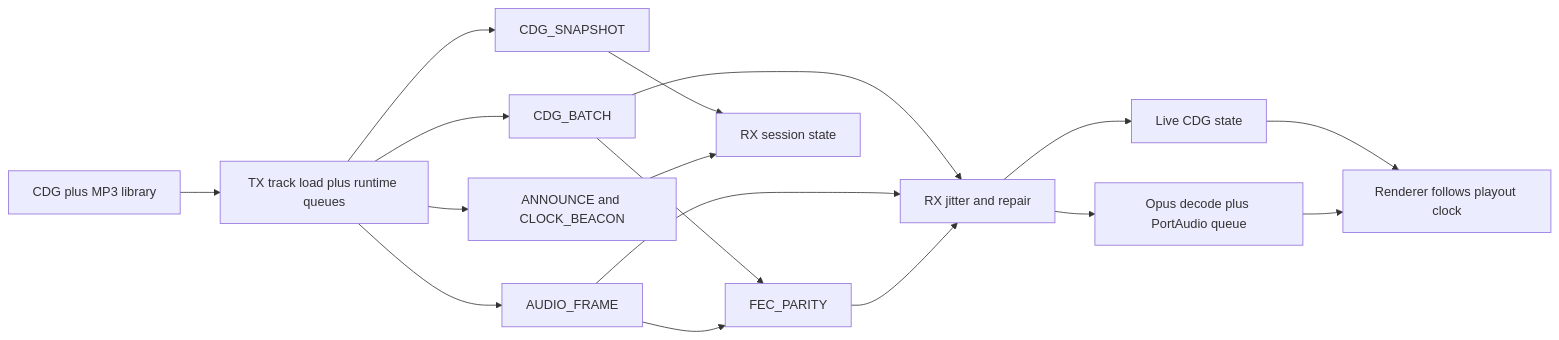
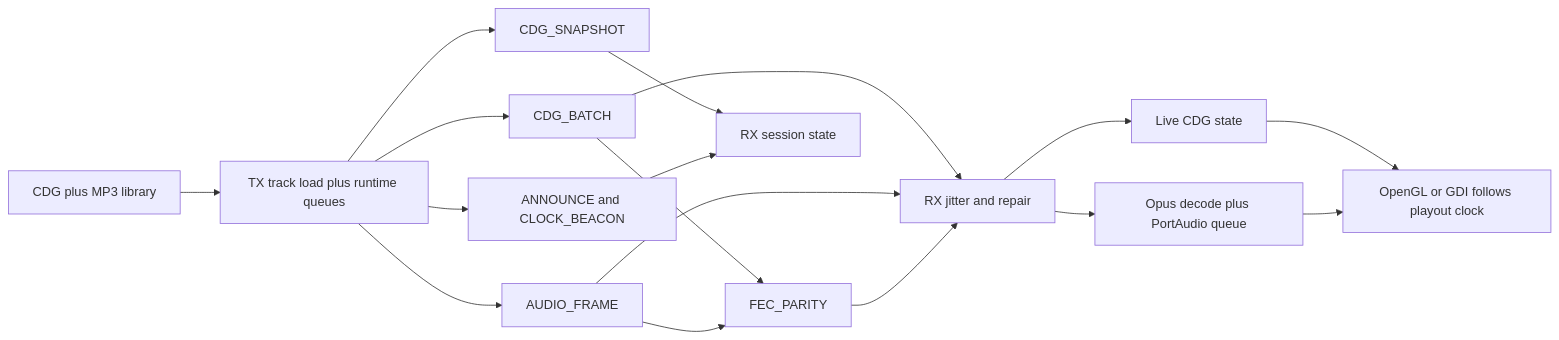
Before and after one commit to andrew867/dashcdg: the diagram in README.md, drawn with Mermaid. The commit also changed other lines of this file and 5 other files, not shown here.

````diff
--- a/README.md
+++ b/README.md
@@ -195,19 +211,19 @@
 ```mermaid
 flowchart LR
     src[CDG plus MP3 library] --> txprep[TX track load plus runtime queues]
     txprep --> ann[ANNOUNCE and CLOCK_BEACON]
     txprep --> ach[AUDIO_FRAME]
     txprep --> cb[CDG_BATCH]
     txprep --> snap[CDG_SNAPSHOT]
     ach --> fec[FEC_PARITY]
     cb --> fec
     ann --> rxstate[RX session state]
     snap --> rxstate
     fec --> rxjit[RX jitter and repair]
     ach --> rxjit
     cb --> rxjit
     rxjit --> rxaud[Opus decode plus PortAudio queue]
     rxjit --> rxcdg[Live CDG state]
-    rxaud --> render[Renderer follows playout clock]
+    rxaud --> render[OpenGL or GDI follows playout clock]
     rxcdg --> render
 ```
````
